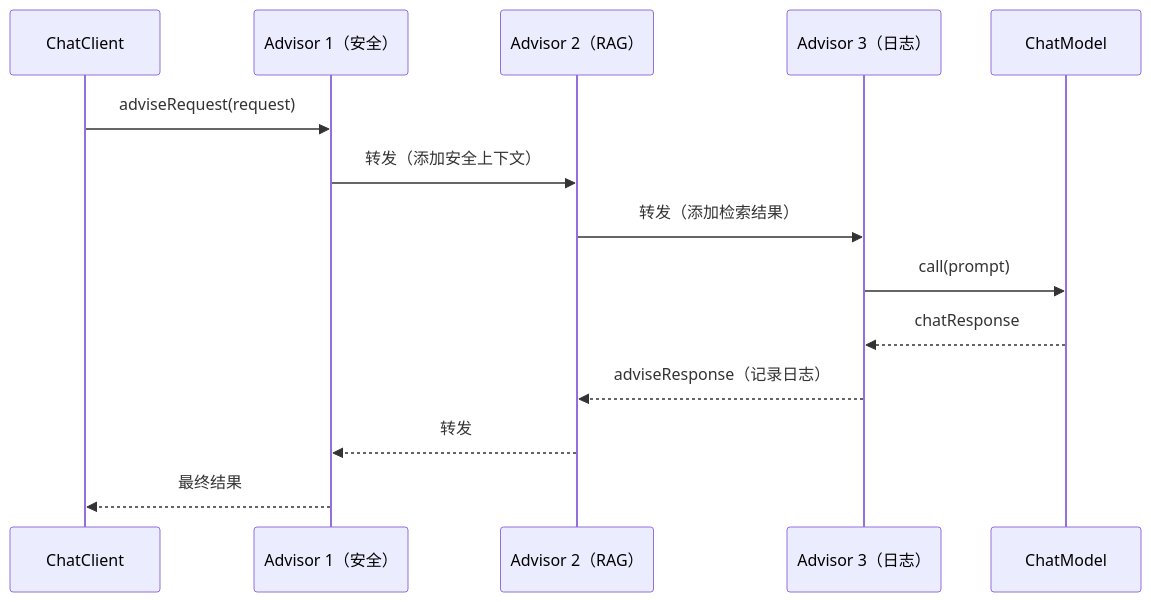
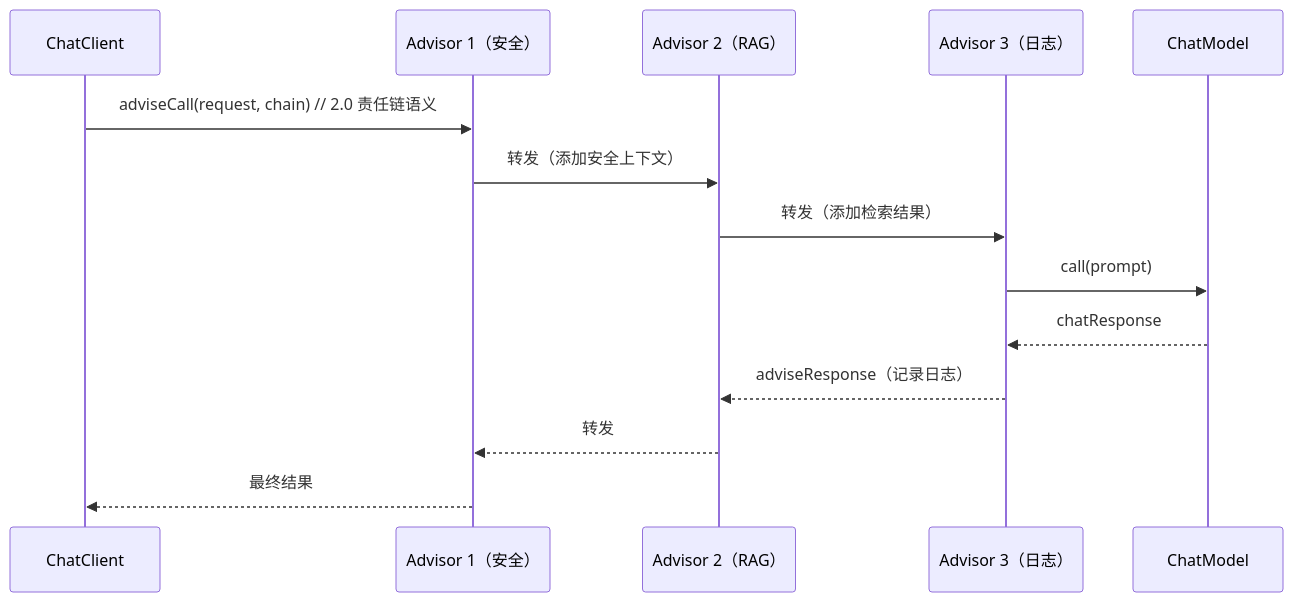
Before and after one commit to UranusGit/java-agent-learn: the third of 6 diagrams in docs/附录/03-Spring-AI源码解析/00-ChatClient源码.md, drawn with Mermaid. The commit also changed other lines of this file and 206 other files, not shown here.

````diff
--- a/docs/附录/03-Spring-AI源码解析/00-ChatClient源码.md
+++ b/docs/附录/03-Spring-AI源码解析/00-ChatClient源码.md
@@ -153,17 +155,17 @@
 ```mermaid
 sequenceDiagram
     participant C as ChatClient
     participant A1 as Advisor 1（安全）
     participant A2 as Advisor 2（RAG）
     participant A3 as Advisor 3（日志）
     participant M as ChatModel
 
-    C->>A1: adviseRequest(request)
+    C->>A1: adviseCall(request, chain)   // 2.0 责任链语义
     A1->>A2: 转发（添加安全上下文）
     A2->>A3: 转发（添加检索结果）
     A3->>M: call(prompt)
     M-->>A3: chatResponse
     A3-->>A2: adviseResponse（记录日志）
     A2-->>A1: 转发
     A1-->>C: 最终结果
 ```
````
